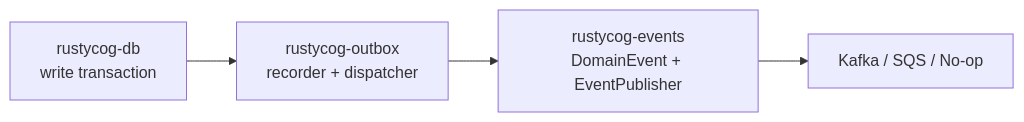
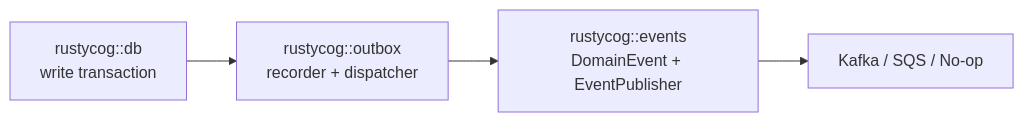
One commit to Djoe-Denne/rustycog changed the diagram in obsidian/RustyCog/projects/rustycog/references/rustycog-events.md. Above: the diagram before and after it, drawn with Mermaid. The commit also changed other lines of this file and 123 other files, not shown here.

````diff
--- a/obsidian/RustyCog/projects/rustycog/references/rustycog-events.md
+++ b/obsidian/RustyCog/projects/rustycog/references/rustycog-events.md
@@ -41,6 +41,6 @@
 ```mermaid
 flowchart LR
-    events["rustycog-events<br/>DomainEvent + EventPublisher"] --> transport["Kafka / SQS / No-op"]
-    db["rustycog-db<br/>write transaction"] --> outbox["rustycog-outbox<br/>recorder + dispatcher"]
+    events["rustycog::events<br/>DomainEvent + EventPublisher"] --> transport["Kafka / SQS / No-op"]
+    db["rustycog::db<br/>write transaction"] --> outbox["rustycog::outbox<br/>recorder + dispatcher"]
     outbox --> events
 ```
````
